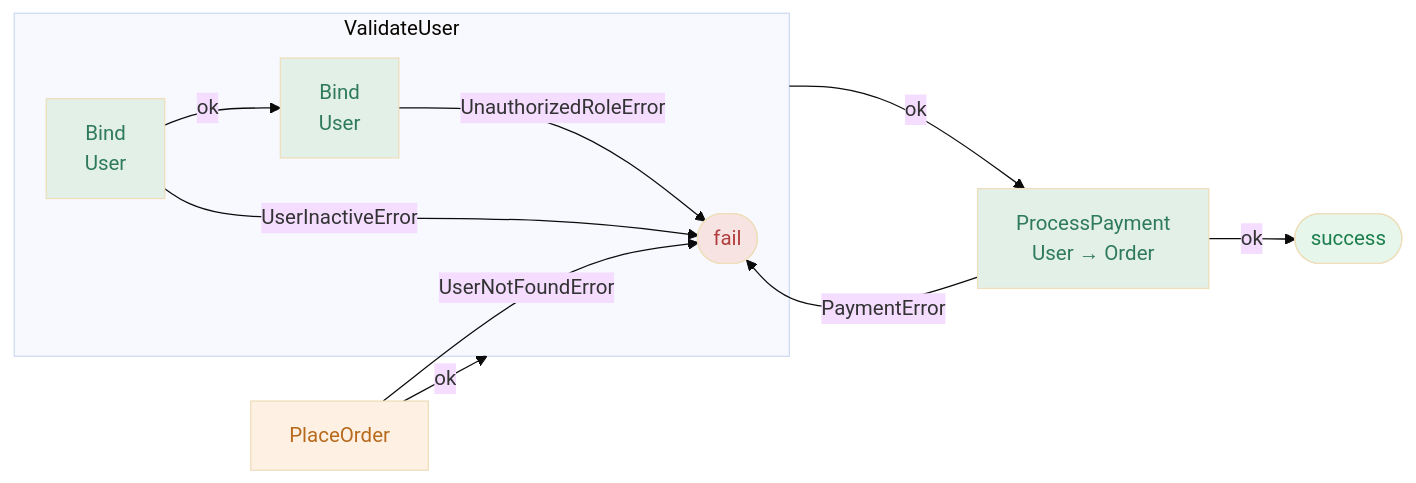
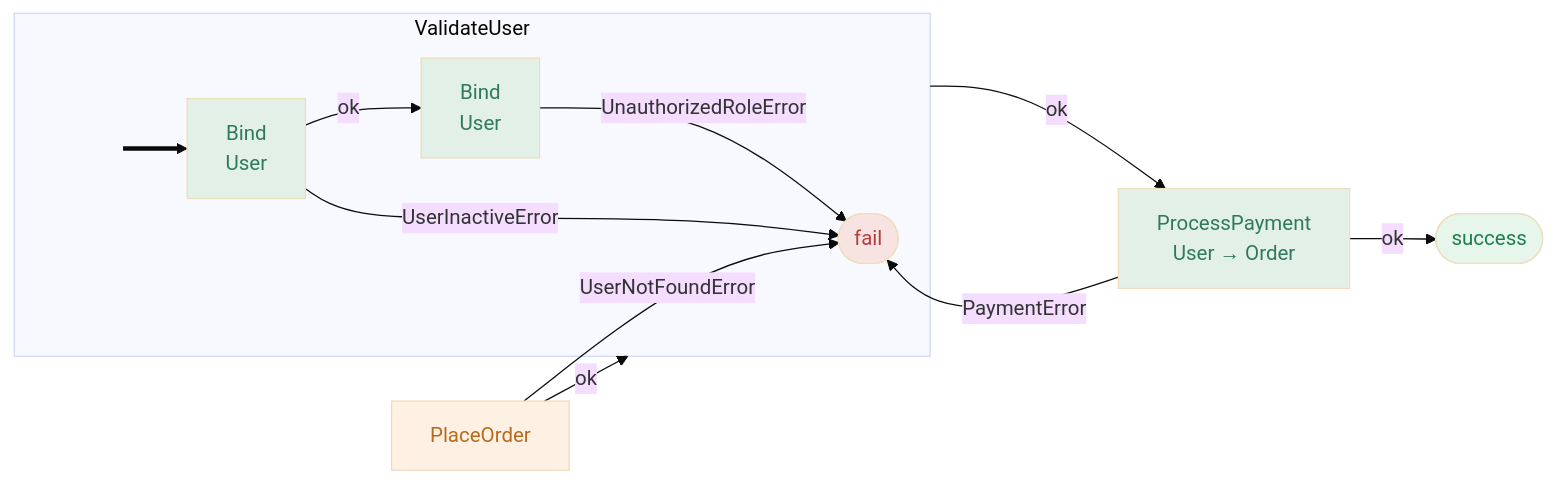
One commit to reslava/nuget-package-reslava-result changed the fifth of 8 diagrams in README.md. Above: the diagram before and after it, drawn with Mermaid (base theme). The commit also changed other lines of this file and 14 other files, not shown here.

First line of the commit message:
feat: subgraph entry arrow for cross-method pipeline diagrams (v1.46.3)

````diff
--- a/README.md
+++ b/README.md
@@ -1080,27 +1086,30 @@
 ```mermaid
 flowchart LR
   N0_PlaceOrder["PlaceOrder"]:::operation
   N0_PlaceOrder -->|ok| sg_N1_ValidateUser
   N0_PlaceOrder -->|"UserNotFoundError"| FAIL
 
   subgraph sg_N1_ValidateUser["ValidateUser"]
+    ENTRY_N1_ValidateUser[ ]:::entry
+    ENTRY_N1_ValidateUser[ ] ==> N1_0_Bind
     N1_0_Bind["Bind<br/>User"]:::transform
     N1_0_Bind -->|ok| N1_1_Bind
     N1_0_Bind -->|"UserInactiveError"| FAIL
     N1_1_Bind["Bind<br/>User"]:::transform
     N1_1_Bind -->|"UnauthorizedRoleError"| FAIL
   end
 
   sg_N1_ValidateUser -->|ok| N2_ProcessPayment
   N2_ProcessPayment["ProcessPayment<br/>User → Order"]:::transform
   N2_ProcessPayment -->|"PaymentError"| FAIL
   N2_ProcessPayment -->|ok| SUCCESS
 
   FAIL([fail]):::failure
   SUCCESS([success]):::success
 
   classDef operation fill:#fef0e3,color:#b86a1c
   classDef transform fill:#e3f0e8,color:#2f7a5c
   classDef failure   fill:#f8e3e3,color:#b13e3e
   classDef success   fill:#e6f6ea,color:#1c7e4f
+  classDef entry     fill:none,stroke:none
 ```
````
